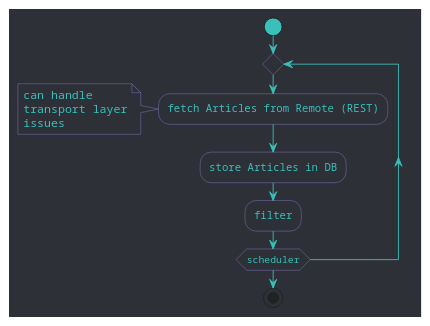
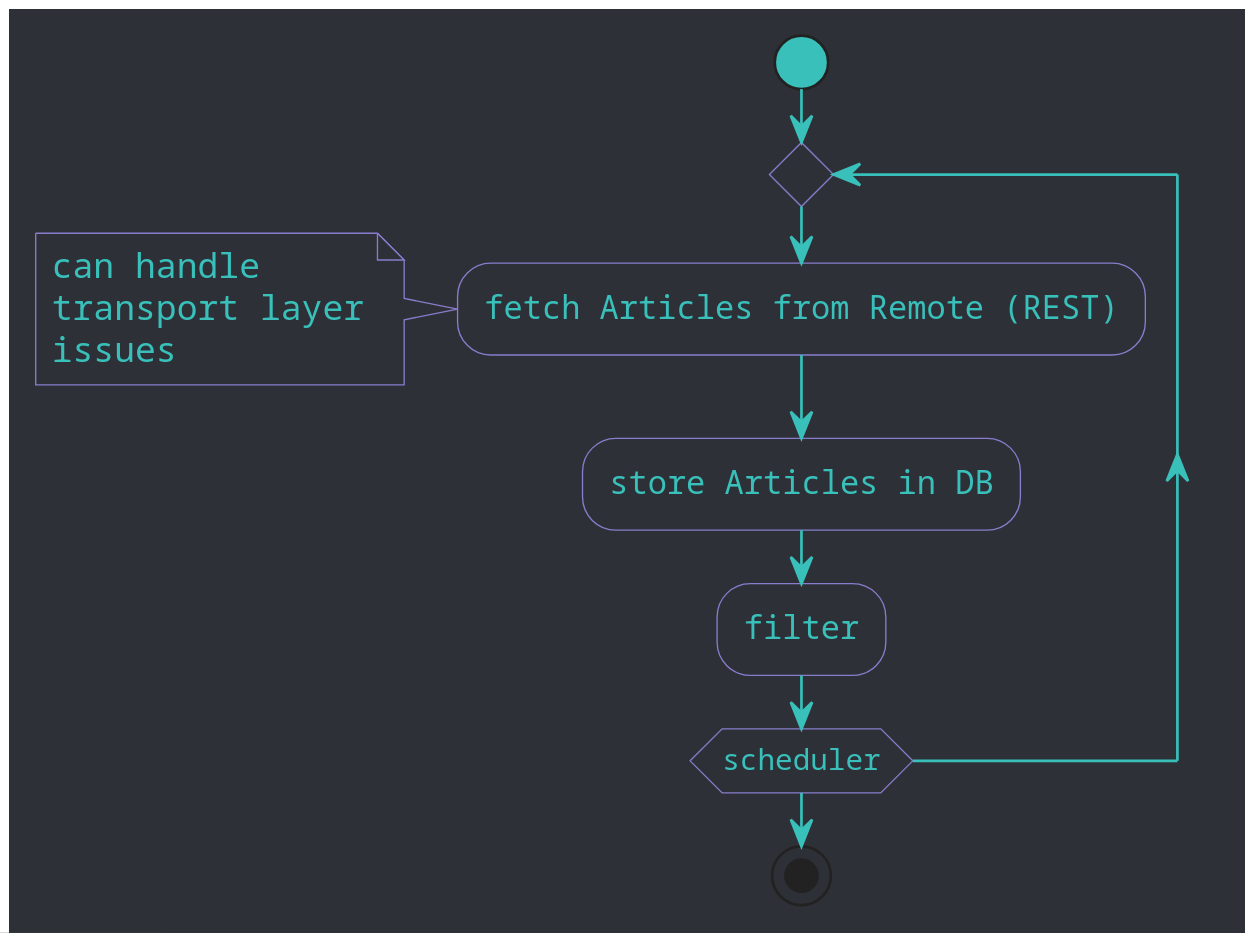
One commit to roechi/ISys_duplicate_filter changed the diagram in project_resources/process_client.puml. Above: the diagram before and after it, drawn with PlantUML. The commit also changed 3 other files, not shown here.

Commit message:
Scale diagrams

```diff
--- a/project_resources/process_client.puml
+++ b/project_resources/process_client.puml
@@ -1,38 +1,39 @@
 @startuml
+scale 3
 
 skinparam shadowing false
 skinparam backgroundColor #2e3037
 skinparam arrowColor #39c0ba
 skinparam defaultFontColor #39c0ba
 
 skinparam activity {
   StartColor #39c0ba
   EndColor #39c0ba
   BarColor #39c0ba
   BackgroundColor #2e3037
   BorderColor #877dcd
   FontName Courier
   DiamondBackgroundColor #2e3037
   DiamondBorderColor #877dcd
 }
 
 skinparam note {
   BackgroundColor #2e3037
   BorderColor #877dcd
   FontName Courier
 }
 
 
 start
 repeat
   :fetch Articles from Remote (REST);
   note left
     can handle
     transport layer
     issues
   end note
   :store Articles in DB;
   :filter;
 repeat while (scheduler)
 stop
 @enduml
```
